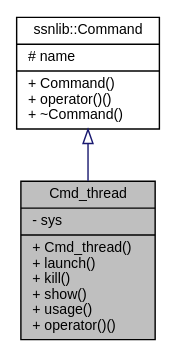
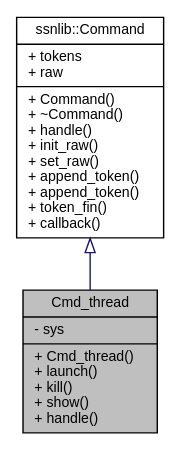
One commit to susanoog/susanoog.github.io changed the diagram in api/classCmd__thread__inherit__graph.dot. Above: the diagram before and after it, drawn with Graphviz. The commit also changed 203 other files, not shown here.

```diff
--- a/api/classCmd__thread__inherit__graph.dot
+++ b/api/classCmd__thread__inherit__graph.dot
@@ -1,8 +1,8 @@
 digraph "Cmd_thread"
 {
   edge [fontname="Helvetica",fontsize="10",labelfontname="Helvetica",labelfontsize="10"];
   node [fontname="Helvetica",fontsize="10",shape=record];
-  Node1 [label="{Cmd_thread\n|- sys\l|+ Cmd_thread()\l+ launch()\l+ kill()\l+ show()\l+ usage()\l+ operator()()\l}",height=0.2,width=0.4,color="black", fillcolor="grey75", style="filled", fontcolor="black"];
+  Node1 [label="{Cmd_thread\n|- sys\l|+ Cmd_thread()\l+ launch()\l+ kill()\l+ show()\l+ handle()\l}",height=0.2,width=0.4,color="black", fillcolor="grey75", style="filled", fontcolor="black"];
   Node2 -> Node1 [dir="back",color="midnightblue",fontsize="10",style="solid",arrowtail="onormal",fontname="Helvetica"];
-  Node2 [label="{ssnlib::Command\n|# name\l|+ Command()\l+ operator()()\l+ ~Command()\l}",height=0.2,width=0.4,color="black", fillcolor="white", style="filled",URL="$classssnlib_1_1Command.html"];
+  Node2 [label="{ssnlib::Command\n|+ tokens\l+ raw\l|+ Command()\l+ ~Command()\l+ handle()\l+ init_raw()\l+ set_raw()\l+ append_token()\l+ append_token()\l+ token_fin()\l+ callback()\l}",height=0.2,width=0.4,color="black", fillcolor="white", style="filled",URL="$structssnlib_1_1Command.html"];
 }
```
